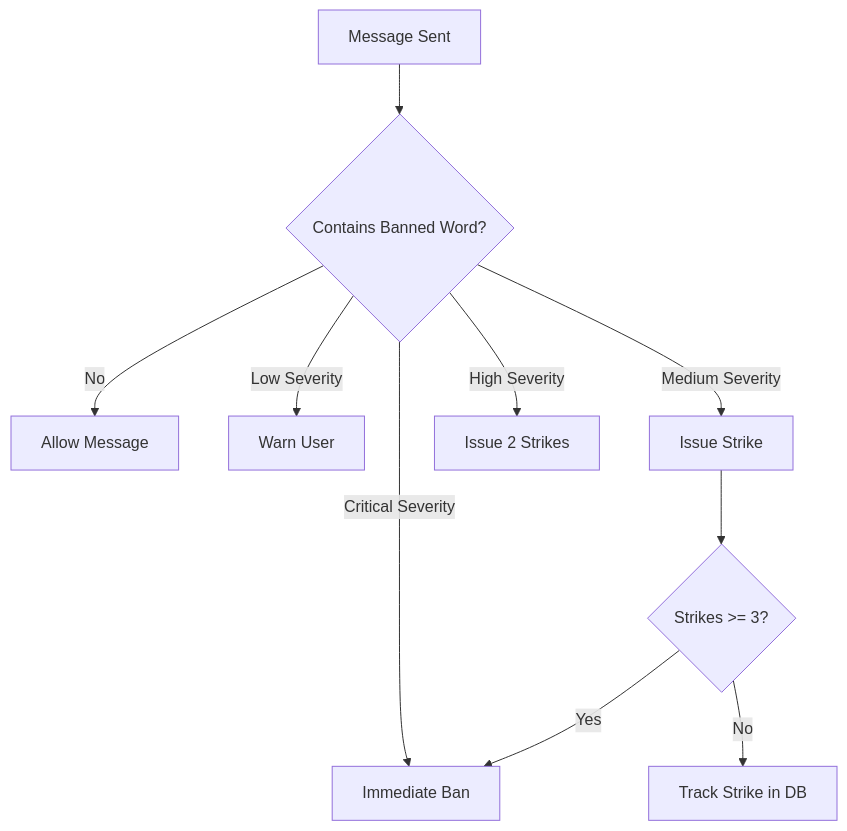
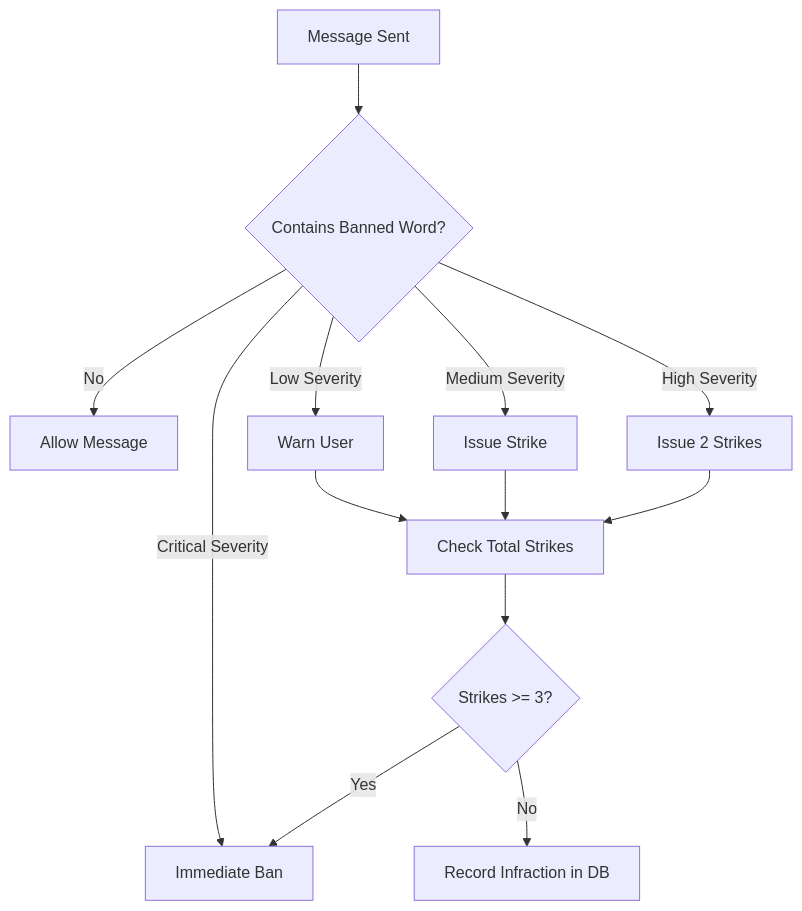
Before and after one commit to rushinski/Discord-Bot-Unity: the third of 7 diagrams in ARCHITECTURE.md, drawn with Mermaid. The commit also changed other lines of this file, not shown here.

Commit message:
more architecture changes

````diff
--- a/ARCHITECTURE.md
+++ b/ARCHITECTURE.md
@@ -69,12 +69,15 @@
 ```mermaid
 flowchart TD
     A[Message Sent] --> B{Contains Banned Word?}
     B -->|No| C[Allow Message]
     B -->|Low Severity| D[Warn User]
-    B -->|Medium Severity| E[Issue Strike]
-    B -->|High Severity| F[Issue 2 Strikes]
-    B -->|Critical Severity| G[Immediate Ban]
-    E --> H{Strikes >= 3?}
-    H -->|Yes| G
-    H -->|No| I[Track Strike in DB]
+    D --> E[Check Total Strikes]
+    B -->|Medium Severity| F[Issue Strike]
+    F --> E
+    B -->|High Severity| G[Issue 2 Strikes]
+    G --> E
+    B -->|Critical Severity| H[Immediate Ban]
+    E --> I{Strikes >= 3?}
+    I -->|Yes| H
+    I -->|No| J[Record Infraction in DB]
 ```
````
